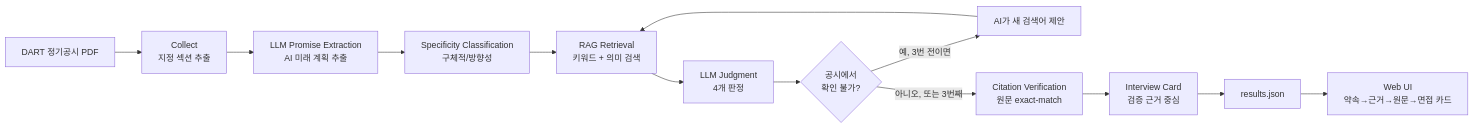
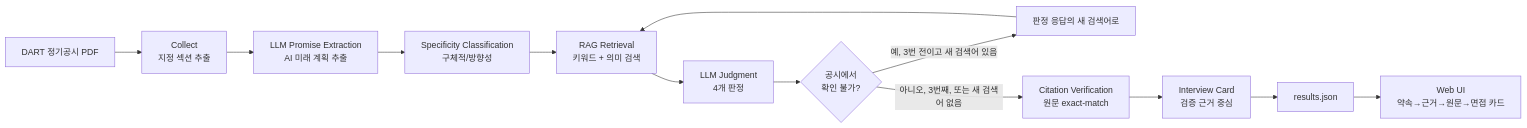
One commit to Sungtae10/ai-promise changed the diagram in docs/architecture.md. Above: the diagram before and after it, drawn with Mermaid. The commit also changed other lines of this file and 26 other files, not shown here.

````diff
--- a/docs/architecture.md
+++ b/docs/architecture.md
@@ -44,15 +44,15 @@
 ```mermaid
 flowchart LR
     A[DART 정기공시 PDF] --> B[Collect<br/>지정 섹션 추출]
     B --> C[LLM Promise Extraction<br/>AI 미래 계획 추출]
     C --> D[Specificity Classification<br/>구체적/방향성]
     D --> E[RAG Retrieval<br/>키워드 + 의미 검색]
     E --> H[LLM Judgment<br/>4개 판정]
     H --> F{공시에서<br/>확인 불가?}
-    F -- 예, 3번 전이면 --> G[AI가 새 검색어 제안]
+    F -- 예, 3번 전이고 새 검색어 있음 --> G[판정 응답의 새 검색어로]
     G --> E
-    F -- 아니오, 또는 3번째 --> I[Citation Verification<br/>원문 exact-match]
+    F -- 아니오, 3번째, 또는 새 검색어 없음 --> I[Citation Verification<br/>원문 exact-match]
     I --> J[Interview Card<br/>검증 근거 중심]
     J --> K[results.json]
     K --> L[Web UI<br/>약속→근거→원문→면접 카드]
 ```
````
